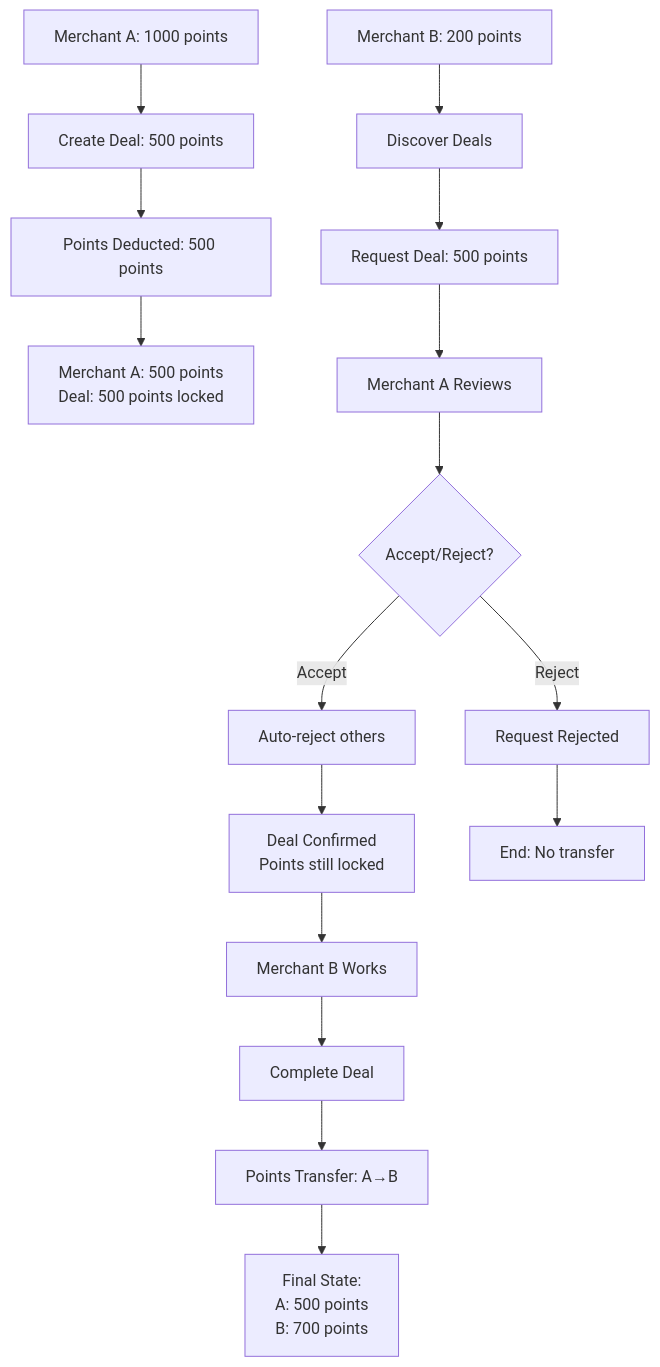
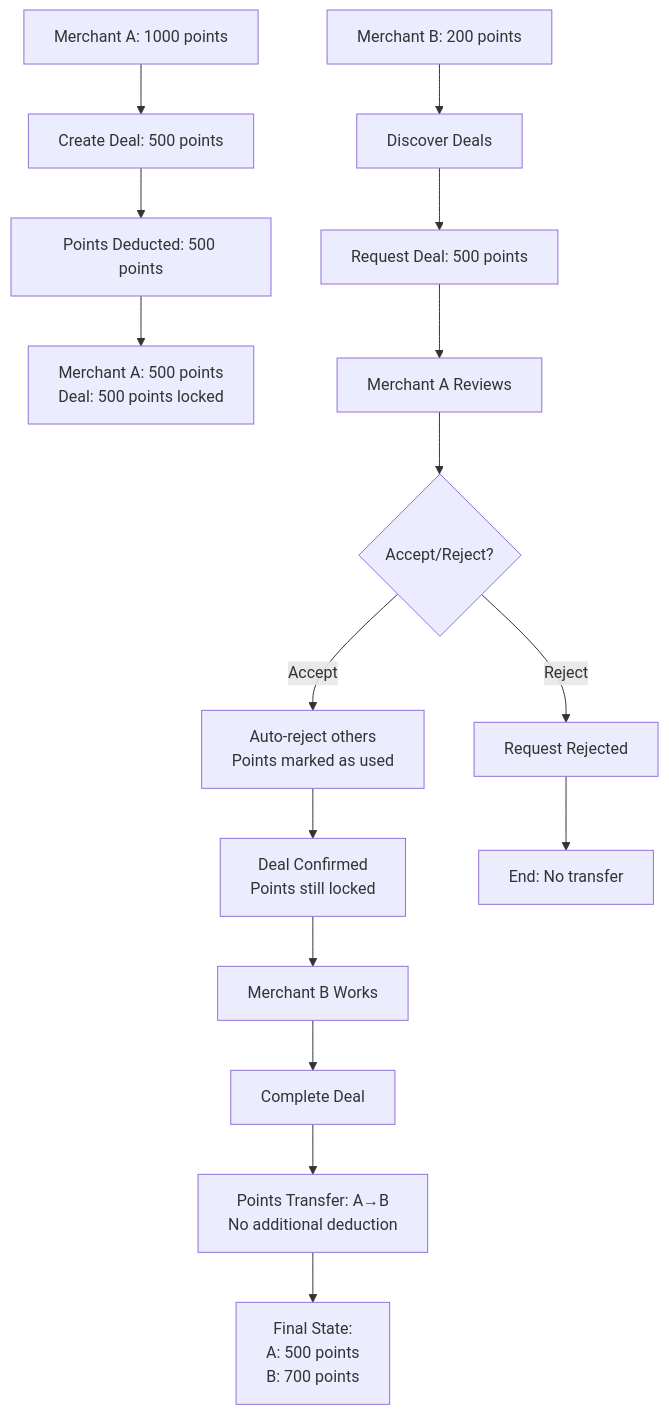
The diagram in MerchantDeal.md (sachinpatel16/Barter_backend), drawn with Mermaid before and after one commit. The commit also changed other lines of this file, not shown here.

Commit message:
update merchant deal flow

````diff
--- a/MerchantDeal.md
+++ b/MerchantDeal.md
@@ -696,22 +697,22 @@
 ```mermaid
 graph TD
     A[Merchant A: 1000 points] --> B[Create Deal: 500 points]
     B --> C[Points Deducted: 500 points]
     C --> D[Merchant A: 500 points<br/>Deal: 500 points locked]
 
     E[Merchant B: 200 points] --> F[Discover Deals]
     F --> G[Request Deal: 500 points]
     G --> H[Merchant A Reviews]
 
     H --> I{Accept/Reject?}
-    I -->|Accept| J[Auto-reject others]
+    I -->|Accept| J[Auto-reject others<br/>Points marked as used]
     I -->|Reject| K[Request Rejected]
 
     J --> L[Deal Confirmed<br/>Points still locked]
     L --> M[Merchant B Works]
     M --> N[Complete Deal]
-    N --> O[Points Transfer: A→B]
+    N --> O[Points Transfer: A→B<br/>No additional deduction]
     O --> P[Final State:<br/>A: 500 points<br/>B: 700 points]
 
     K --> Q[End: No transfer]
 ```
````
